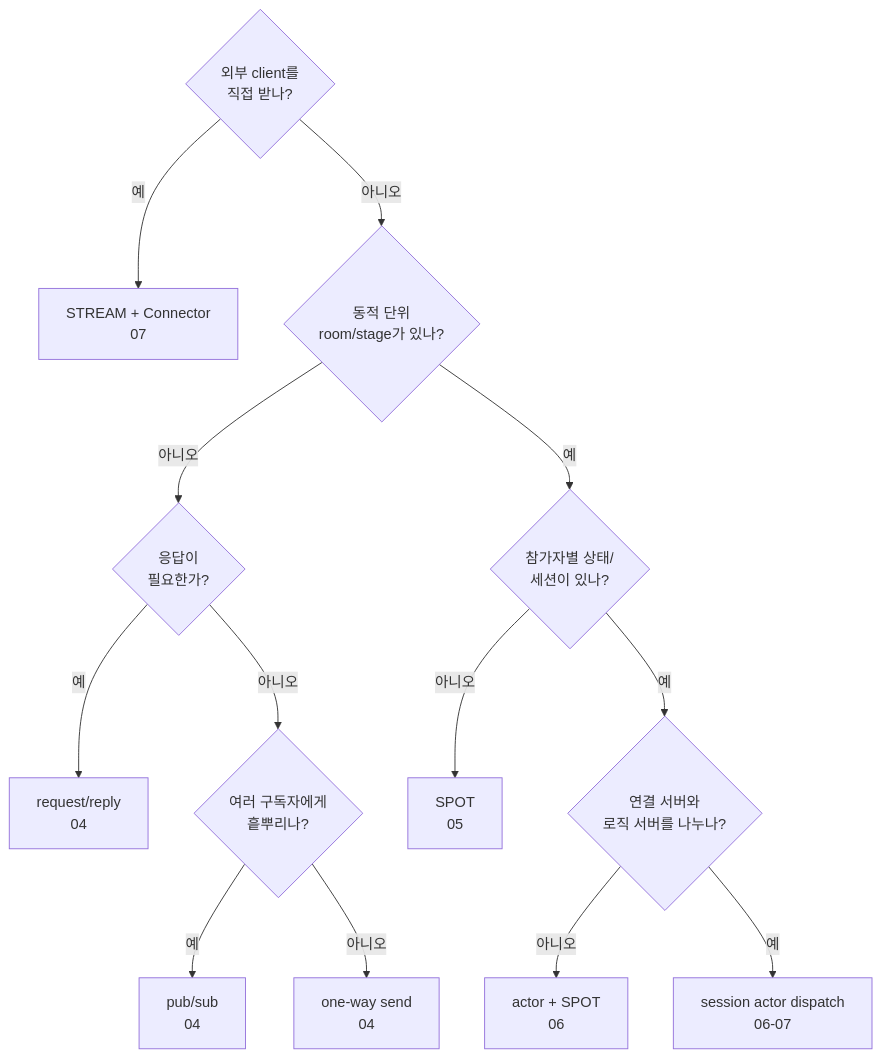
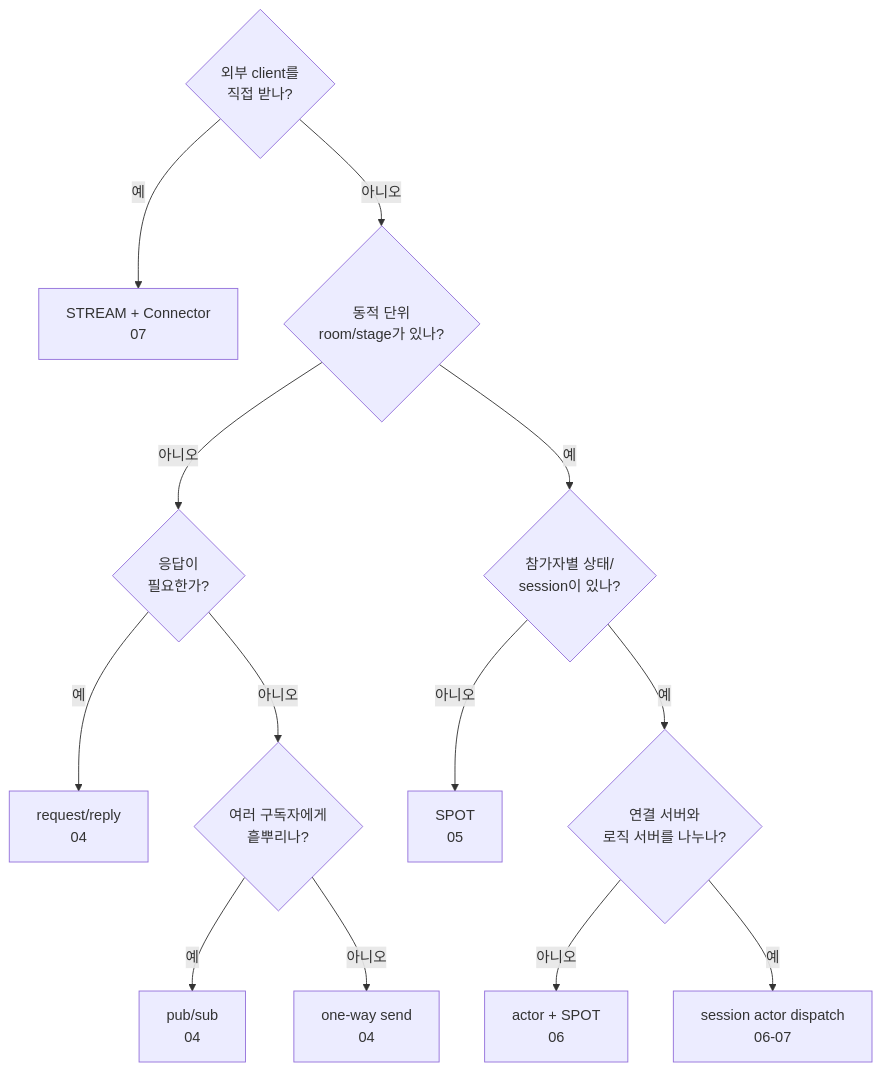
One commit to kairos-code-dev/zlink changed the diagram in framework/doc/framework/kotlin/guide/10-feature-map.ko.md. Above: the diagram before and after it, drawn with Mermaid. The commit also changed other lines of this file and 2 other files, not shown here.

````diff
--- a/framework/doc/framework/kotlin/guide/10-feature-map.ko.md
+++ b/framework/doc/framework/kotlin/guide/10-feature-map.ko.md
@@ -35,15 +35,15 @@
 ```mermaid
 flowchart TD
   Q1{외부 client를<br/>직접 받나?} -->|예| Stream[STREAM + Connector<br/>07]
   Q1 -->|아니오| Q2{동적 단위<br/>room/stage가 있나?}
   Q2 -->|아니오| Q3{응답이<br/>필요한가?}
   Q3 -->|예| Req[request/reply<br/>04]
   Q3 -->|아니오| Q4{여러 구독자에게<br/>흩뿌리나?}
   Q4 -->|예| Pub[pub/sub<br/>04]
   Q4 -->|아니오| Send[one-way send<br/>04]
-  Q2 -->|예| Q5{참가자별 상태/<br/>세션이 있나?}
+  Q2 -->|예| Q5{참가자별 상태/<br/>session이 있나?}
   Q5 -->|아니오| Spot[SPOT<br/>05]
   Q5 -->|예| Q6{연결 서버와<br/>로직 서버를 나누나?}
   Q6 -->|아니오| Actor[actor + SPOT<br/>06]
   Q6 -->|예| Sad[session actor dispatch<br/>06-07]
 ```
````
